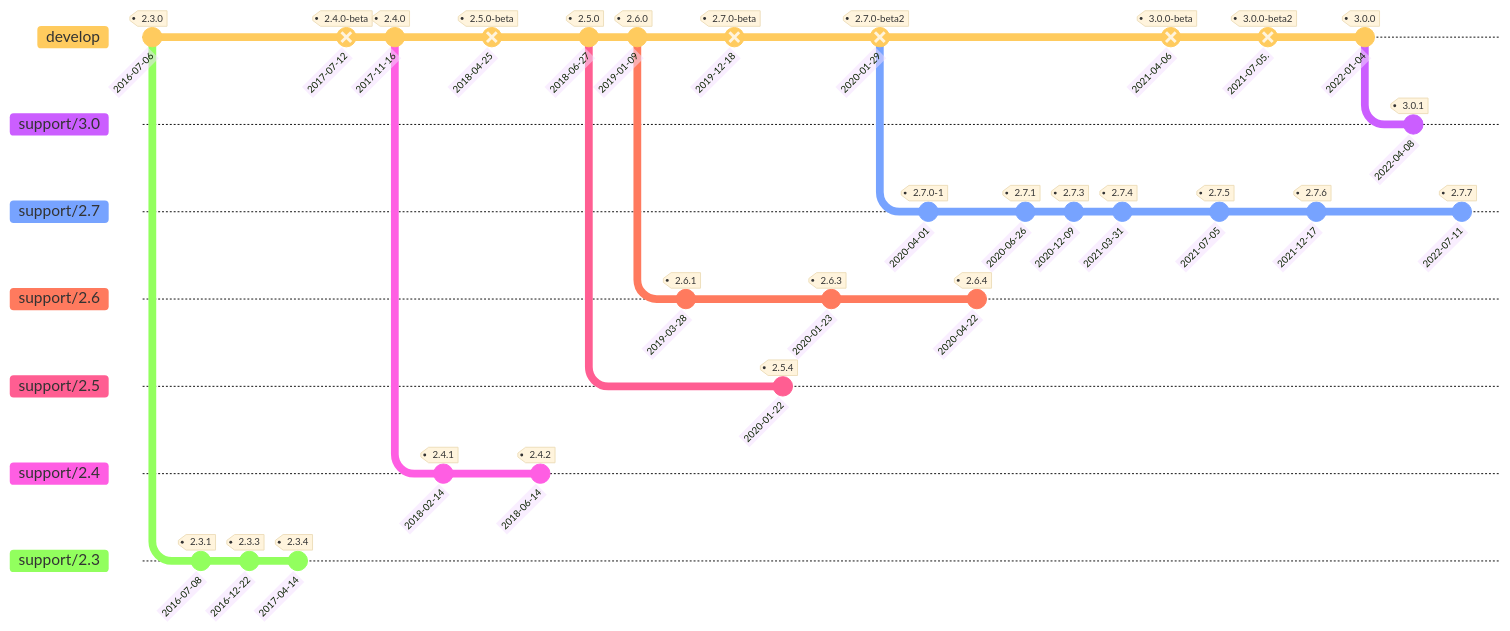
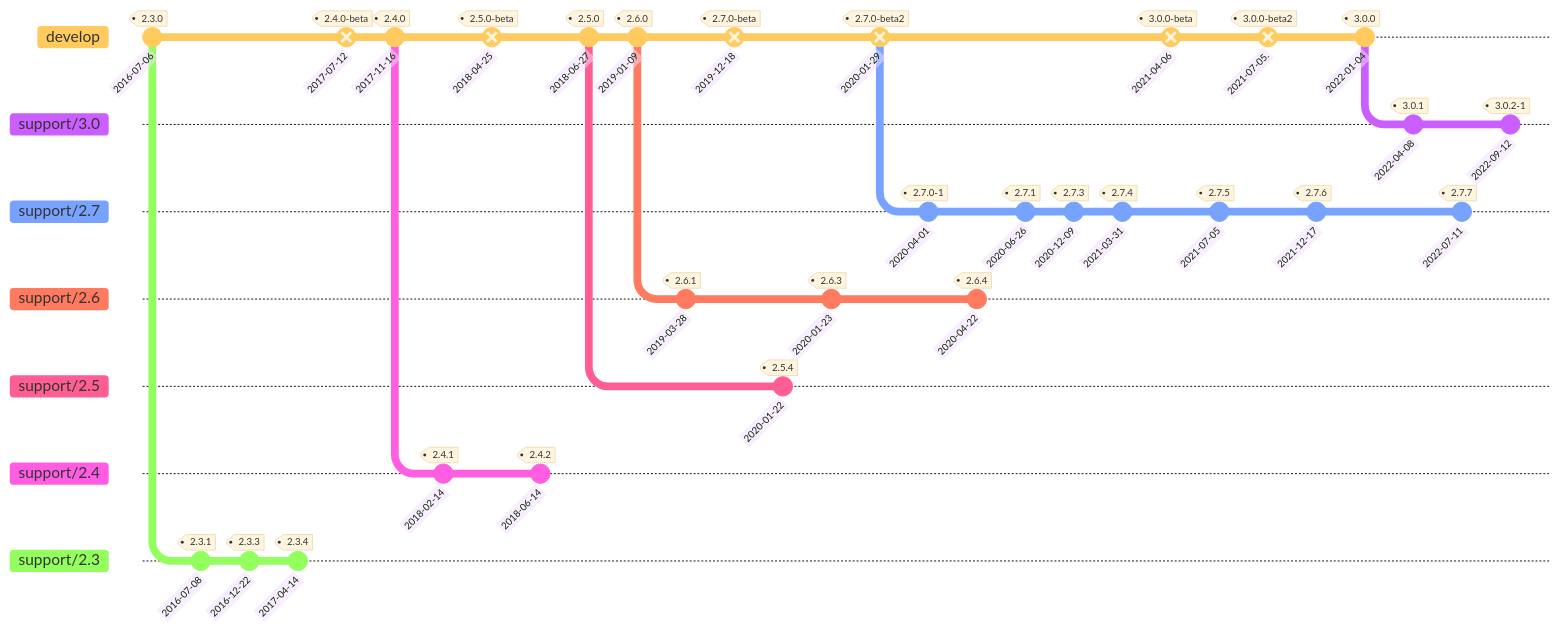
Before and after one commit to Combodo/iTop: the diagram in .doc/itop-version-history.md, drawn with Mermaid.

Commit message:
Add 3.0.2-1 to mermaid graph

````diff
--- a/.doc/itop-version-history.md
+++ b/.doc/itop-version-history.md
@@ -3,57 +3,59 @@
 ```mermaid
 %%{init: { 'logLevel': 'debug', 'theme': 'base', 'gitGraph': {'showBranches': true,'mainBranchName': 'develop','rotateCommitLabel': true}} }%%
 gitGraph
     commit id: "2016-07-06" tag: "2.3.0"
     branch support/2.3 order: 900
     commit id: "2016-07-08" tag: "2.3.1"
     commit id: "2016-12-22" tag: "2.3.3"
     commit id: "2017-04-14" tag: "2.3.4"
     checkout develop
     commit id: "2017-07-12" tag: "2.4.0-beta" type: REVERSE
     commit id: "2017-11-16" tag: "2.4.0"
     branch support/2.4 order: 890
     commit id: "2018-02-14" tag: "2.4.1"
     checkout develop
     commit id: "2018-04-25" tag: "2.5.0-beta" type: REVERSE
     checkout support/2.4
     commit id: "2018-06-14" tag: "2.4.2"
     checkout develop
     commit id: "2018-06-27" tag: "2.5.0"
     branch support/2.5 order: 880
     checkout develop
     commit id: "2019-01-09" tag: "2.6.0"
     branch support/2.6 order: 870
     commit id: "2019-03-28" tag: "2.6.1"
     checkout develop
     commit id: "2019-12-18" tag: "2.7.0-beta" type: REVERSE
     checkout support/2.5
     commit id: "2020-01-22" tag: "2.5.4"
     checkout support/2.6
     commit id: "2020-01-23" tag: "2.6.3"
     checkout develop
     commit id: "2020-01-29" tag: "2.7.0-beta2" type: REVERSE
     branch support/2.7 order: 860
     commit id: "2020-04-01" tag: "2.7.0-1"
     checkout support/2.6
     commit id: "2020-04-22" tag: "2.6.4"
     checkout support/2.7
     commit id: "2020-06-26" tag: "2.7.1"
     checkout support/2.7
     commit id: "2020-12-09" tag: "2.7.3"
     commit id: "2021-03-31" tag: "2.7.4"
     checkout develop
     commit id: "2021-04-06" tag: "3.0.0-beta" type: REVERSE
     checkout support/2.7
     commit id: "2021-07-05" tag: "2.7.5"
     checkout develop
     commit id: "2021-07-05." tag: "3.0.0-beta2" type: REVERSE
     checkout support/2.7
     commit id: "2021-12-17" tag: "2.7.6"
     checkout develop
     commit id: "2022-01-04" tag: "3.0.0"
     branch support/3.0 order: 850
     commit id: "2022-04-08" tag: "3.0.1"
     checkout support/2.7
     commit id: "2022-07-11" tag: "2.7.7"
+    checkout support/3.0
+    commit id: "2022-09-12" tag: "3.0.2-1"
     checkout develop
 ```
````
